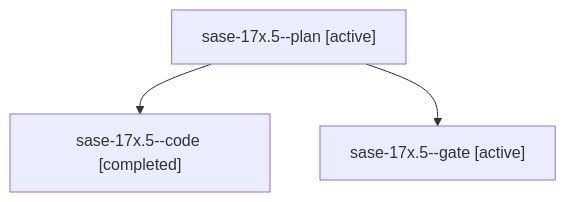
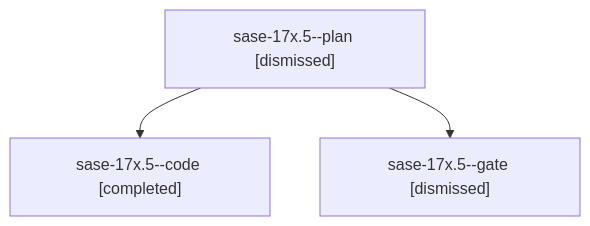
One commit to sase-org/sase--agents changed the diagram in sessions/bbugyi200.athena.sase-17x.5.md. Above: the diagram before and after it, drawn with Mermaid. The commit also changed other lines of this file and 170 other files, not shown here.

````diff
--- a/sessions/bbugyi200.athena.sase-17x.5.md
+++ b/sessions/bbugyi200.athena.sase-17x.5.md
@@ -9,8 +9,8 @@
 ```mermaid
 flowchart TD
-  n0["sase-17x.5--plan [active]"]
+  n0["sase-17x.5--plan [dismissed]"]
   n1["sase-17x.5--code [completed]"]
   n0 --> n1
-  n2["sase-17x.5--gate [active]"]
+  n2["sase-17x.5--gate [dismissed]"]
   n0 --> n2
 ```
````
